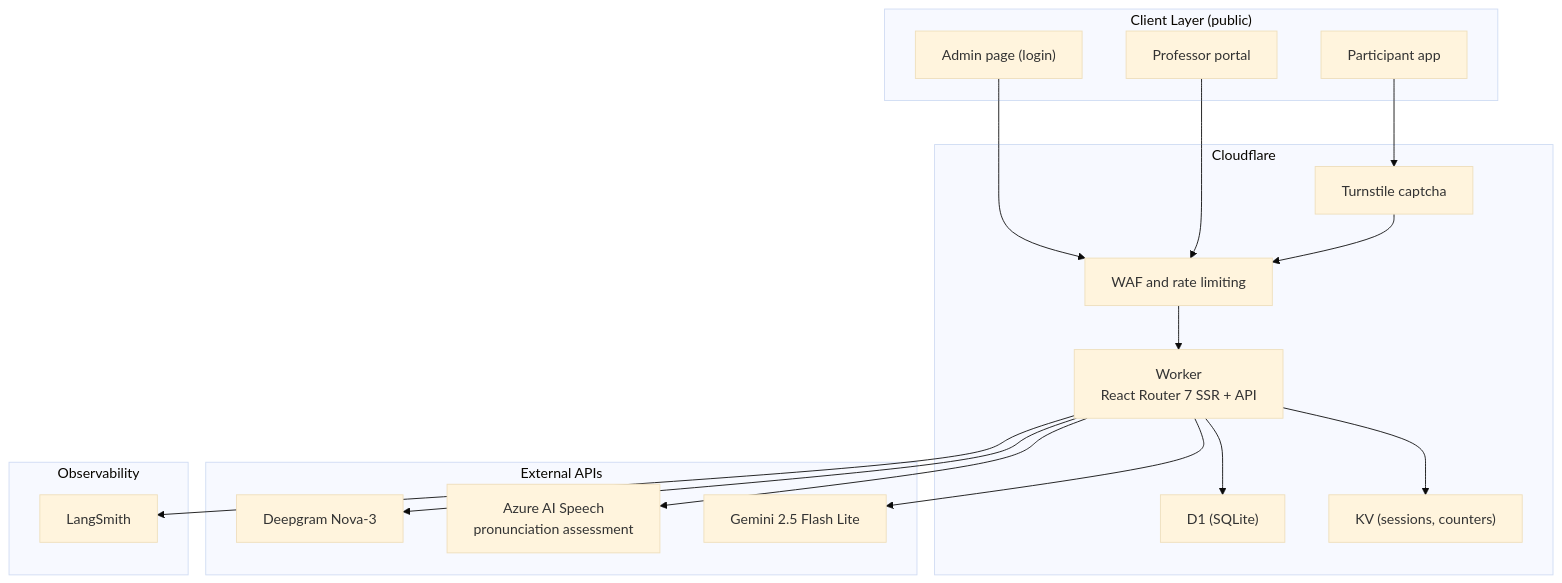
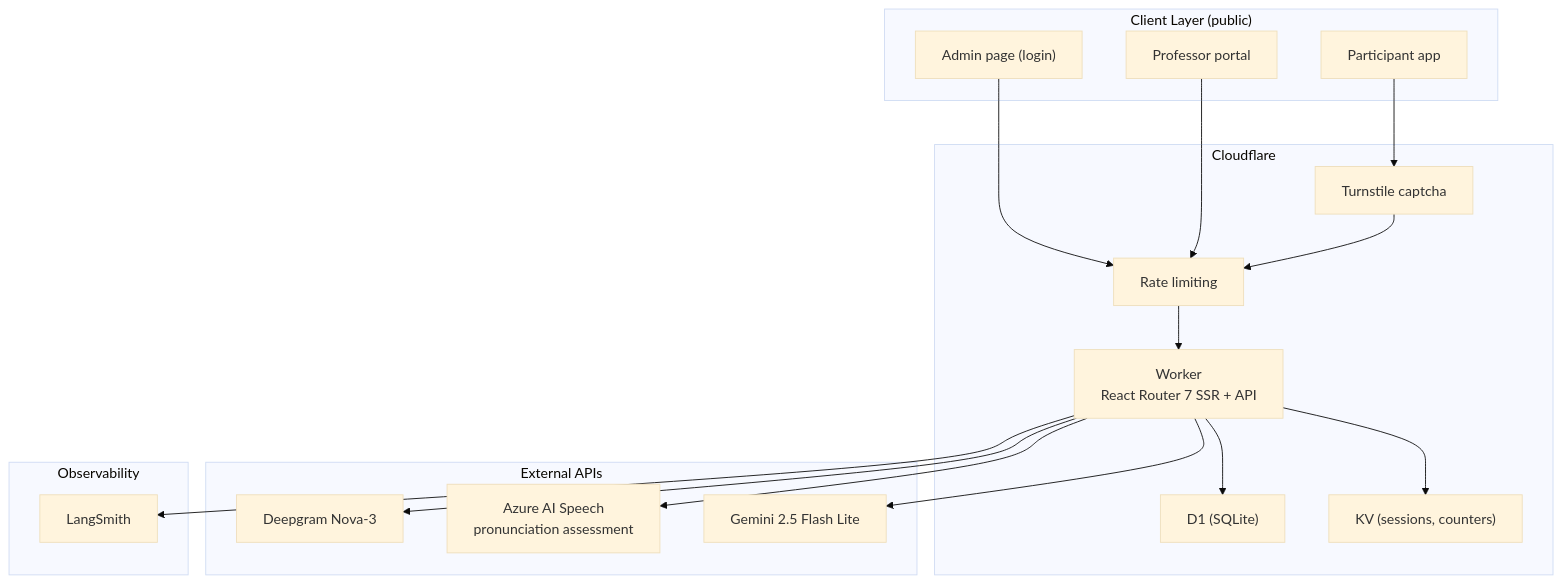
The first of 9 diagrams in Product materials/product-documentation.md (GabrielaSouza94/Read-AI---English-tutoring), drawn with Mermaid (base theme) before and after one commit. The commit also changed 14 other files, not shown here.

````diff
--- a/Product materials/product-documentation.md
+++ b/Product materials/product-documentation.md
@@ -28,36 +28,36 @@
 ```mermaid
 flowchart TB
     subgraph CLIENT["Client Layer (public)"]
         PART["Participant app"]
         PORTAL["Professor portal"]
         ADMIN["Admin page (login)"]
     end
 
     subgraph EDGE["Cloudflare"]
         TURN["Turnstile captcha"]
         WORKER["Worker<br/>React Router 7 SSR + API"]
         D1["D1 (SQLite)"]
         KV["KV (sessions, counters)"]
-        WAF["WAF and rate limiting"]
+        WAF["Rate limiting"]
     end
 
     subgraph APIS["External APIs"]
         DG["Deepgram Nova-3"]
         AZ["Azure AI Speech<br/>pronunciation assessment"]
         GEM["Gemini 2.5 Flash Lite"]
     end
 
     subgraph OBS["Observability"]
         LS["LangSmith"]
     end
 
     PART --> TURN --> WAF --> WORKER
     PORTAL --> WAF
     ADMIN --> WAF
     WORKER --> DG
     WORKER --> AZ
     WORKER --> GEM
     WORKER --> D1
     WORKER --> KV
     WORKER --> LS
 ```
````
